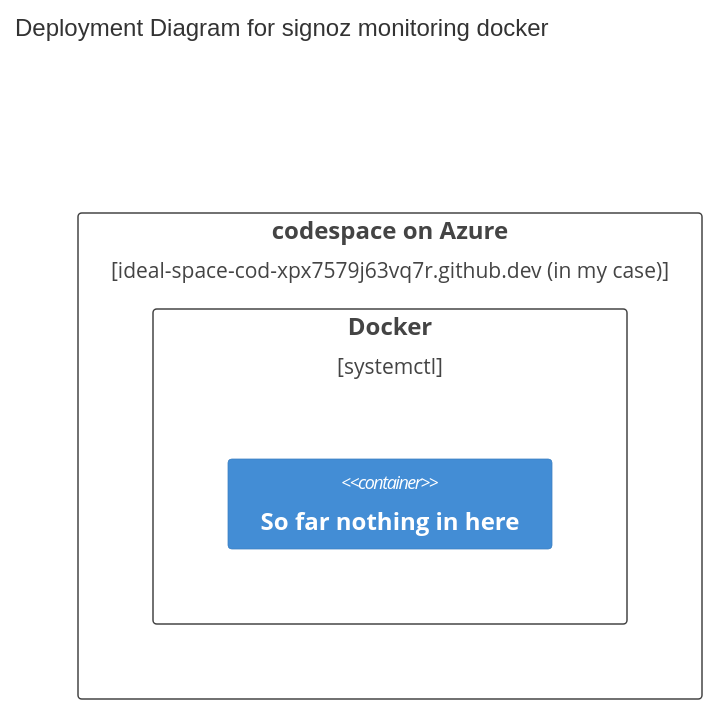
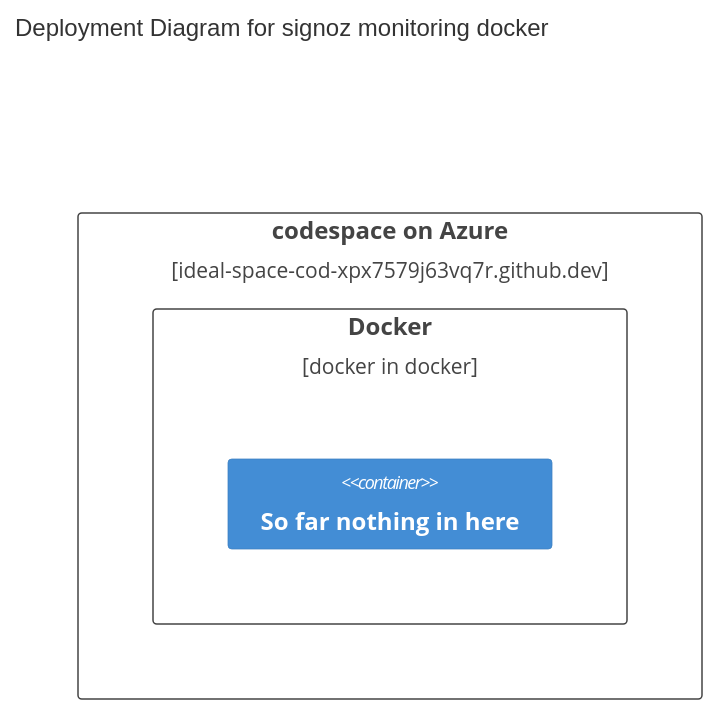
The diagram in README.md (conestogac-acsit/cdevops-info8985-task1), drawn with Mermaid before and after one commit.

Commit message:
neaten up

````diff
--- a/README.md
+++ b/README.md
@@ -4,11 +4,11 @@
 ```mermaid
     C4Deployment
     title Deployment Diagram for signoz monitoring docker
 
-    Deployment_Node(codespace, "codespace on Azure", "ideal-space-cod-xpx7579j63vq7r.github.dev (in my case)"){
+    Deployment_Node(codespace, "codespace on Azure", "ideal-space-cod-xpx7579j63vq7r.github.dev"){
 
-        Deployment_Node(alsodocker, "Docker", "systemctl"){
+        Deployment_Node(docker, "Docker", "docker in docker"){
             Container(na, "So far nothing in here")
         }
     }
 ```
````
